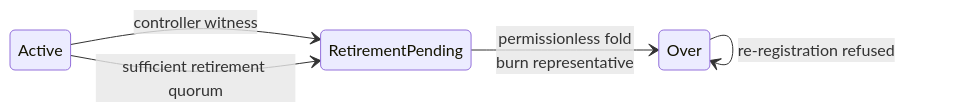
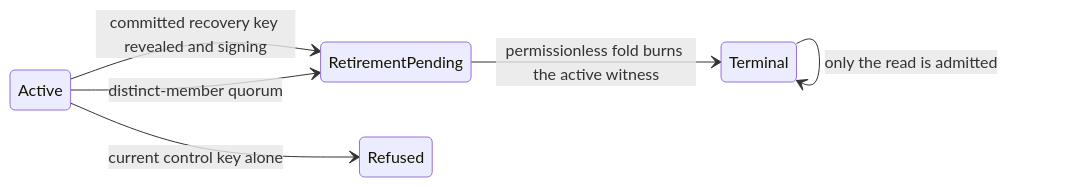
One commit to lambdasistemi/singular changed the fifth of 6 diagrams in docs/naming-lifecycle.md. Above: the diagram before and after it, drawn with Mermaid. The commit also changed other lines of this file and 31 other files, not shown here.

````diff
--- a/docs/naming-lifecycle.md
+++ b/docs/naming-lifecycle.md
@@ -77,8 +171,9 @@
 ```mermaid
 stateDiagram-v2
   direction LR
-  Active --> RetirementPending: controller witness
-  Active --> RetirementPending: sufficient retirement quorum
-  RetirementPending --> Over: permissionless fold<br/>burn representative
-  Over --> Over: re-registration refused
+  Active --> RetirementPending: committed recovery key revealed and signing
+  Active --> RetirementPending: distinct-member quorum
+  Active --> Refused: current control key alone
+  RetirementPending --> Terminal: permissionless fold burns the active witness
+  Terminal --> Terminal: only the read is admitted
 ```
````
